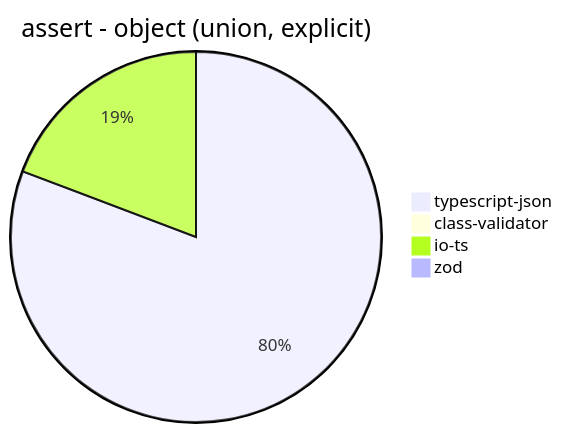
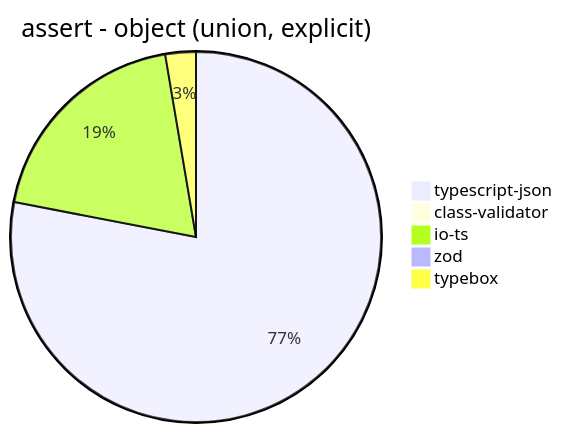
One commit to samchon/typia changed diagram 11 of 39 in benchmark/results/AMD Ryzen 7 5800H with Radeon Graphics.md. Above: the diagram before and after it, drawn with Mermaid. The commit also changed other lines of this file and 6 other files, not shown here.

````diff
--- a/benchmark/results/AMD Ryzen 7 5800H with Radeon Graphics.md
+++ b/benchmark/results/AMD Ryzen 7 5800H with Radeon Graphics.md
@@ -136,7 +146,8 @@
 ```mermaid
 pie title assert - object (union, explicit)
-  "typescript-json": 4944.8635057471265
-  "class-validator": 16.414607156030986
-  "io-ts": 1177.683013503909
-  "zod": 33.64785472672245
+  "typescript-json": 4940.955448201825
+  "class-validator": 15.852293920179036
+  "io-ts": 1222.6555246053854
+  "zod": 34.24023690542292
+  "typebox": 168.81918819188192
 ```
````
